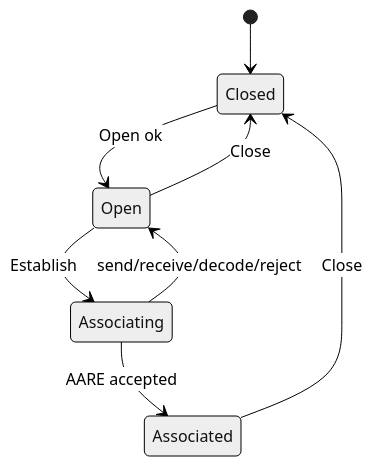
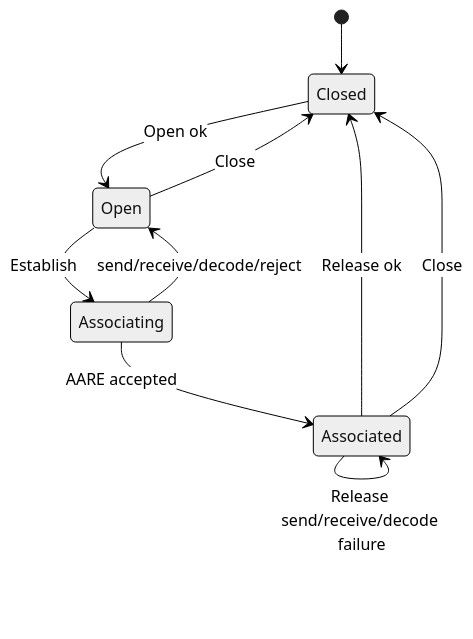
One commit to gvtret/dlms-association changed the third of 4 diagrams in docs/02_association_architecture.md. Above: the diagram before and after it, drawn with Mermaid (neutral theme). The commit also changed other lines of this file and 3 other files, not shown here.

````diff
--- a/docs/02_association_architecture.md
+++ b/docs/02_association_architecture.md
@@ -40,10 +40,12 @@
 ```mermaid
 stateDiagram-v2
   [*] --> Closed
   Closed --> Open: Open ok
   Open --> Associating: Establish
   Associating --> Associated: AARE accepted
   Associating --> Open: send/receive/decode/reject
+  Associated --> Closed: Release ok
+  Associated --> Associated: Release send/receive/decode failure
   Associated --> Closed: Close
   Open --> Closed: Close
 ```
````
